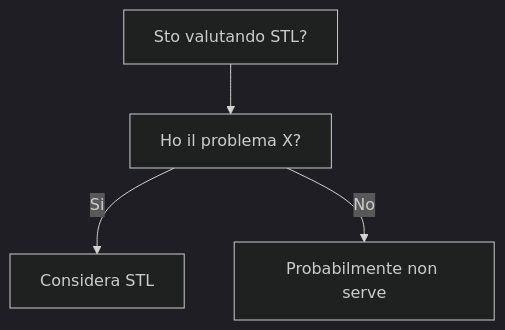
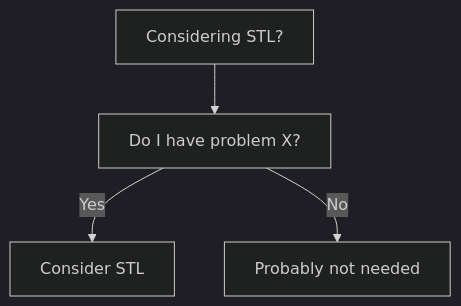
One commit to HxT9/Software-Dev-Wiki changed the diagram in dev-wiki/14_Languages/Cpp/STL/When_To_Use.md. Above: the diagram before and after it, drawn with Mermaid (dark theme). The commit also changed other lines of this file and 3444 other files, not shown here.

````diff
--- a/dev-wiki/14_Languages/Cpp/STL/When_To_Use.md
+++ b/dev-wiki/14_Languages/Cpp/STL/When_To_Use.md
@@ -19,6 +19,6 @@
 ```mermaid
 flowchart TD
-  Q[Sto valutando STL?] --> Q1[Ho il problema X?]
-  Q1 -->|Si| OK[Considera STL]
-  Q1 -->|No| NO[Probabilmente non serve]
+  Q[Considering STL?] --> Q1[Do I have problem X?]
+  Q1 -->|Yes| OK[Consider STL]
+  Q1 -->|No| NO[Probably not needed]
 ```
````
